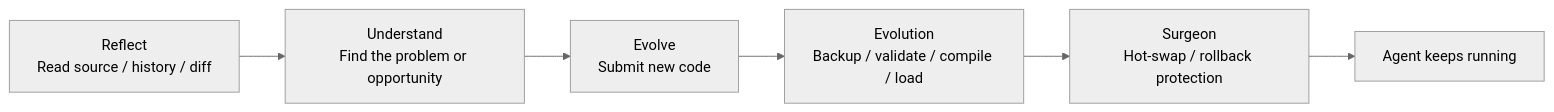
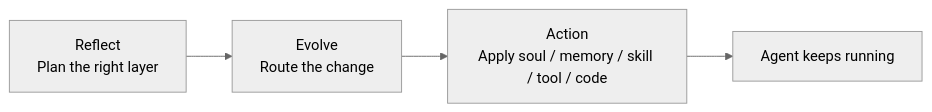
The second of 3 diagrams in README.md (gofenix/nex-agent), drawn with Mermaid (neutral theme) before and after one commit. The commit also changed other lines of this file and 17 other files, not shown here.

````diff
--- a/README.md
+++ b/README.md
@@ -373,8 +369,4 @@
 ```mermaid
 flowchart LR
-    A["Reflect<br/>Read source / history / diff"] --> B["Understand<br/>Find the problem or opportunity"]
-    B --> C["Evolve<br/>Submit new code"]
-    C --> D["Evolution<br/>Backup / validate / compile / load"]
-    D --> E["Surgeon<br/>Hot-swap / rollback protection"]
-    E --> F["Agent keeps running"]
+    A["Reflect<br/>Plan the right layer"] --> B["Evolve<br/>Route the change"] --> C["Action<br/>Apply soul / memory / skill / tool / code"] --> D["Agent keeps running"]
 ```
````
